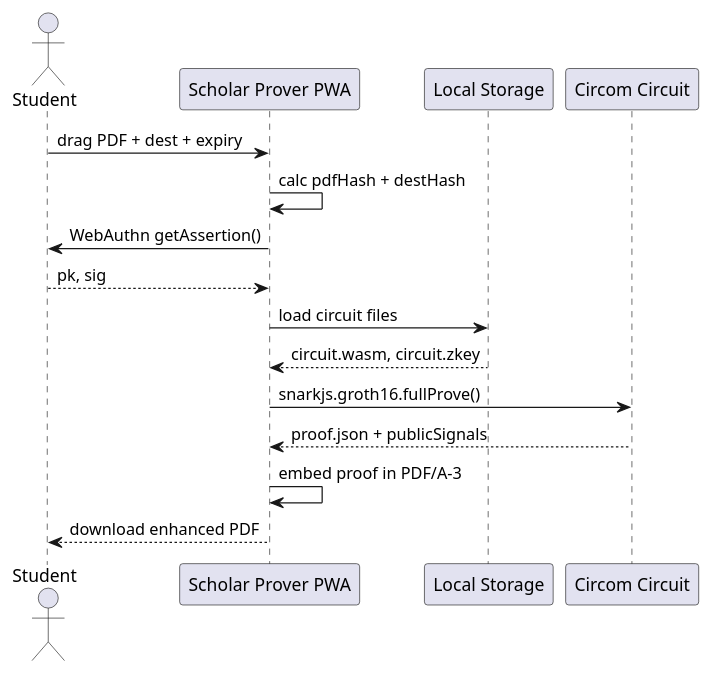
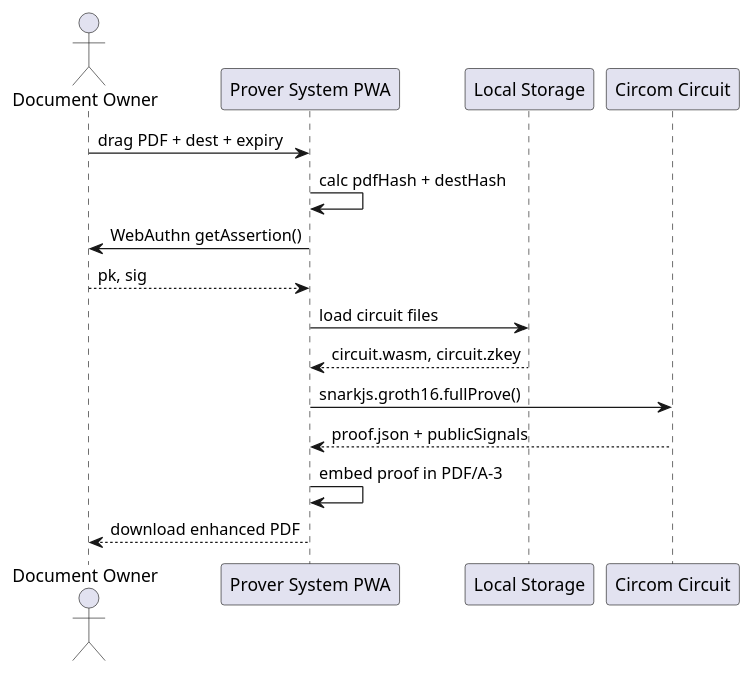
Before and after one commit to Blank-Vulture/Tri-CertFramework: the second of 3 diagrams in documents/FSDv2.md, drawn with PlantUML. The commit also changed other lines of this file and 14 other files, not shown here.

````diff
--- a/documents/FSDv2.md
+++ b/documents/FSDv2.md
@@ -65,19 +67,19 @@
 ```plantuml
 @startuml
-actor Student
-participant "Scholar Prover PWA" as PWA
+actor "Document Owner" as Owner
+participant "Prover System PWA" as PWA
 participant "Local Storage" as LS
 participant "Circom Circuit" as Circuit
 
-Student -> PWA : drag PDF + dest + expiry
+Owner -> PWA : drag PDF + dest + expiry
 PWA -> PWA : calc pdfHash + destHash
-PWA -> Student : WebAuthn getAssertion()
-Student --> PWA : pk, sig
+PWA -> Owner : WebAuthn getAssertion()
+Owner --> PWA : pk, sig
 PWA -> LS : load circuit files
 LS --> PWA : circuit.wasm, circuit.zkey
 PWA -> Circuit : snarkjs.groth16.fullProve()
 Circuit --> PWA : proof.json + publicSignals
 PWA -> PWA : embed proof in PDF/A-3
-PWA --> Student : download enhanced PDF
+PWA --> Owner : download enhanced PDF
 @enduml
 ```
````
